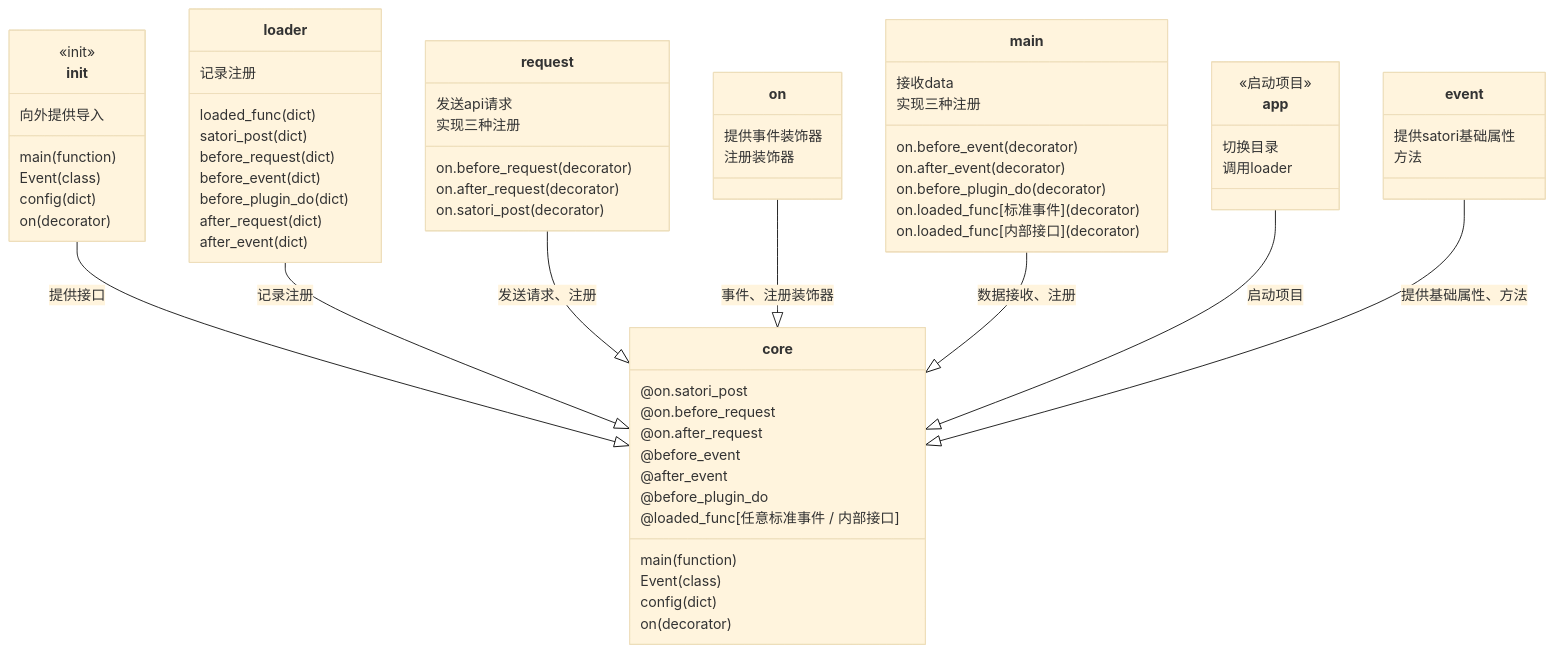
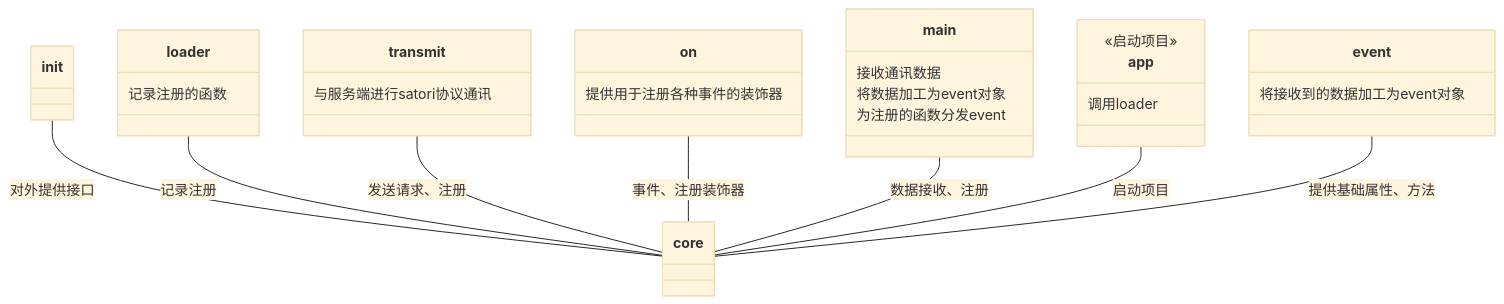
Before and after one commit to kumoSleeping/TomorinBot: the diagram in README.md, drawn with Mermaid (base theme). The commit also changed other lines of this file and 33 other files, not shown here.

````diff
--- a/README.md
+++ b/README.md
@@ -50,80 +43,39 @@
 ```mermaid
 
 classDiagram
-    class core {        
+    class core { 
     }
 
-    core : @on.satori_post
-    core : @on.before_request
-    core : @on.after_request
-    core : @before_event
-    core : @after_event
-    core : @before_plugin_do
-    core : @loaded_func[任意标准事件 / 内部接口]
-    core : main (function)
-    core : Event (class)
-    core : config (dict)
-    core : on (decorator)
-    
-
-    class __init__{
-        <<init>>
-        向外提供导入
-        main (function)
-        Event (class)
-        config (dict)
-        on (decorator)
+    class loader{
+        记录注册的函数
     }
-    class loader{
-        记录注册
-        loaded_func(dict)
-        satori_post(dict)
-
-        before_request(dict)
-        before_event(dict)
-        before_plugin_do(dict)
-
-        after_request(dict)
-        after_event(dict)
-    }
-    class request{
-        发送api请求
-        实现三种注册
-        on.before_request(decorator)
-        on.after_request(decorator)
-        on.satori_post(decorator)
-        
+    class transmit{
+        与服务端进行satori协议通讯
     }
     class on{
-        提供事件装饰器
-        注册装饰器
+        提供用于注册各种事件的装饰器
     }
     class main{
-        接收data
-        实现三种注册
-        on.before_event(decorator)
-        on.after_event(decorator)
-        on.before_plugin_do(decorator)
-        on.loaded_func[标准事件](decorator)
-        on.loaded_func[内部接口](decorator)
+        接收通讯数据
+        将数据加工为event对象
+        为注册的函数分发event
     }
     class app{
         <<启动项目>>
-        切换目录
         调用loader
     }
+
     class event{
-        提供satori基础属性
-        方法
+        将接收到的数据加工为event对象
     }
 
-    __init__ --|> core : 提供接口
-    loader --|> core : 记录注册
-    request --|> core : 发送请求、注册
-    on --|> core : 事件、注册装饰器
-    main --|> core : 数据接收、注册
-    app --|> core : 启动项目
-    event --|> core : 提供基础属性、方法
+    __init__ -- core : 对外提供接口
+    loader -- core : 记录注册
+    transmit -- core : 发送请求、注册
+    on -- core : 事件、注册装饰器
+    main -- core : 数据接收、注册
+    app -- core : 启动项目
+    event -- core : 提供基础属性、方法
 
 
 ```
````
